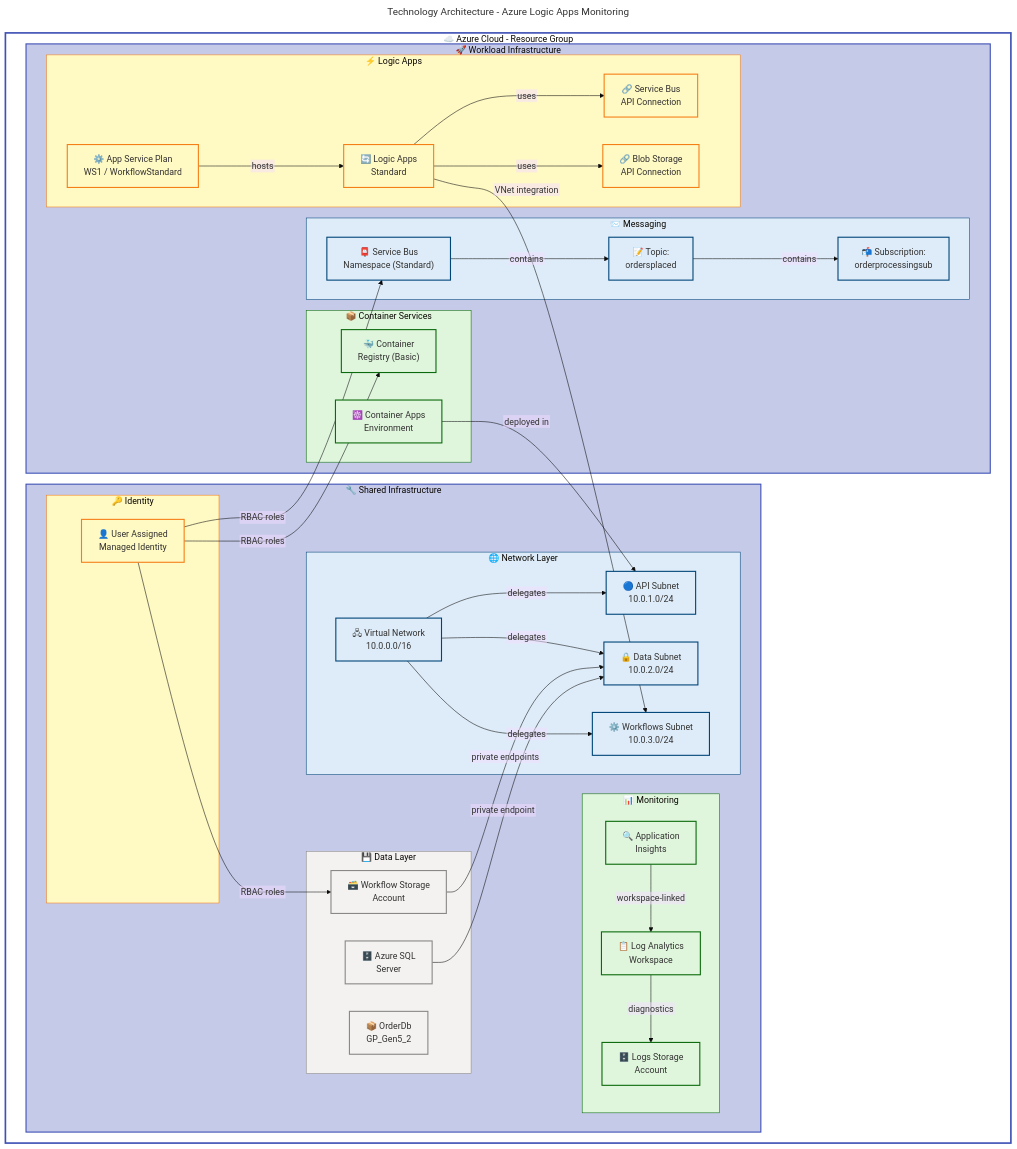
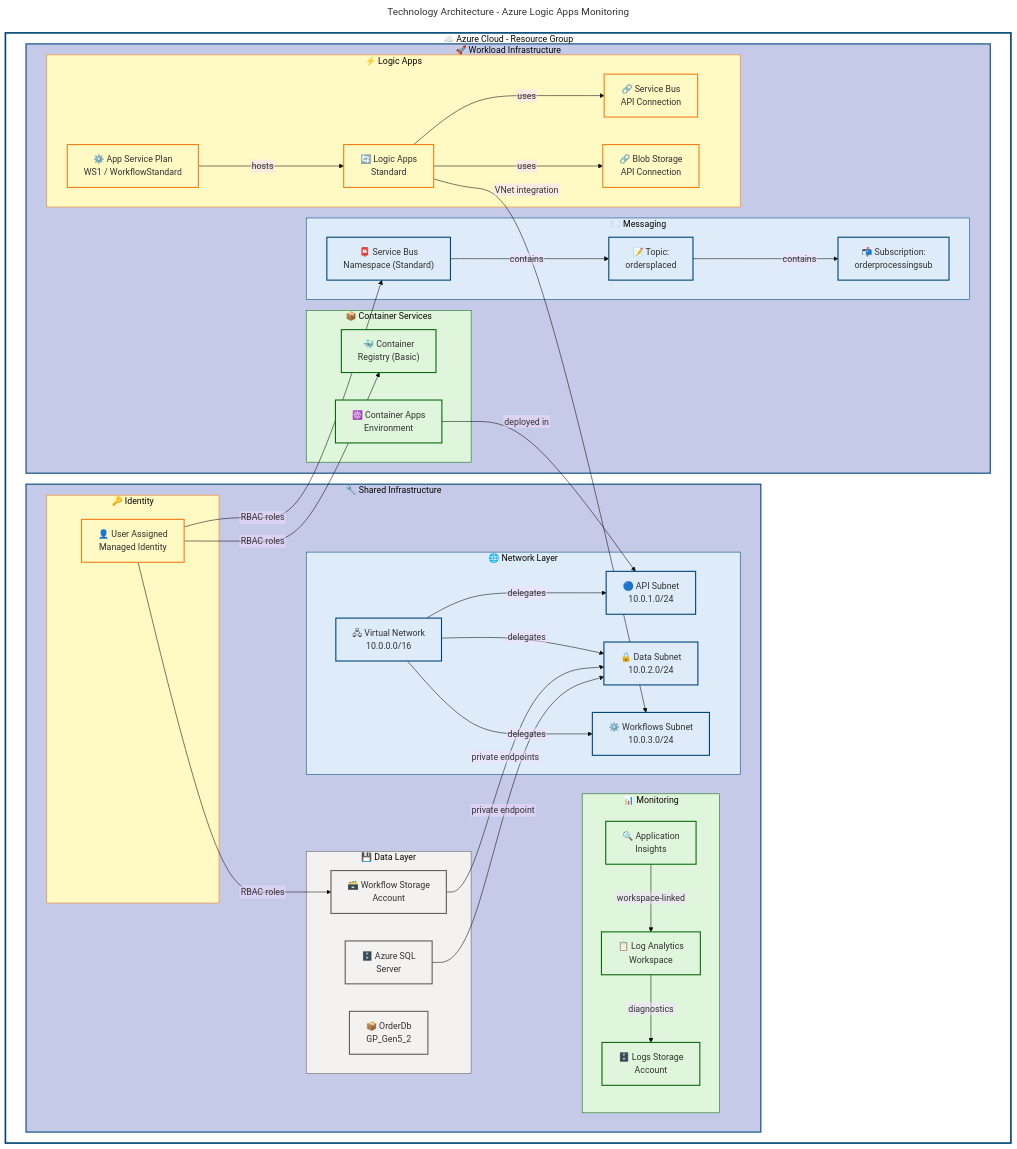
The first of 3 diagrams in docs/architecture/Technology-Layer-Architecture.md (Evilazaro/Azure-LogicApps-Monitoring), drawn with Mermaid before and after one commit. The commit also changed other lines of this file and 3 other files, not shown here.

Commit message:
docs: update neutral grey color definitions in architecture diagrams for improved consistency

```diff
--- a/docs/architecture/Technology-Layer-Architecture.md
+++ b/docs/architecture/Technology-Layer-Architecture.md
@@ -140,13 +140,13 @@
     SBNs -->|contains| SBTopic
     SBTopic -->|contains| SBSub
 
-    style AzCloud fill:#FFFFFF,stroke:#3F51B5,stroke-width:3px,color:#323130
-    style SharedLayer fill:#C5CAE9,stroke:#3F51B5,stroke-width:2px,color:#323130
+    style AzCloud fill:#FFFFFF,stroke:#004578,stroke-width:3px,color:#323130
+    style SharedLayer fill:#C5CAE9,stroke:#004578,stroke-width:2px,color:#323130
     style NetZone fill:#DEECF9,stroke:#004578,stroke-width:1px,color:#323130
     style IdZone fill:#FFF9C4,stroke:#F57F17,stroke-width:1px,color:#323130
     style MonZone fill:#DFF6DD,stroke:#0B6A0B,stroke-width:1px,color:#323130
-    style DataZone fill:#F3F2F1,stroke:#8A8886,stroke-width:1px,color:#323130
-    style WorkloadLayer fill:#C5CAE9,stroke:#3F51B5,stroke-width:2px,color:#323130
+    style DataZone fill:#F3F2F1,stroke:#605E5C,stroke-width:1px,color:#323130
+    style WorkloadLayer fill:#C5CAE9,stroke:#004578,stroke-width:2px,color:#323130
     style MsgZone fill:#DEECF9,stroke:#004578,stroke-width:1px,color:#323130
     style ContainerZone fill:#DFF6DD,stroke:#0B6A0B,stroke-width:1px,color:#323130
     style WorkflowZone fill:#FFF9C4,stroke:#F57F17,stroke-width:1px,color:#323130
@@ -154,7 +154,7 @@
     classDef azureBlue fill:#DEECF9,stroke:#004578,stroke-width:2px,color:#323130
     classDef successGreen fill:#DFF6DD,stroke:#0B6A0B,stroke-width:2px,color:#323130
     classDef warningYellow fill:#FFF9C4,stroke:#F57F17,stroke-width:2px,color:#323130
-    classDef neutralGrey fill:#F3F2F1,stroke:#8A8886,stroke-width:2px,color:#323130
+    classDef neutralGrey fill:#F3F2F1,stroke:#605E5C,stroke-width:2px,color:#323130
 
     class VNet,ApiSubnet,DataSubnet,WfSubnet azureBlue
     class MI warningYellow
```
